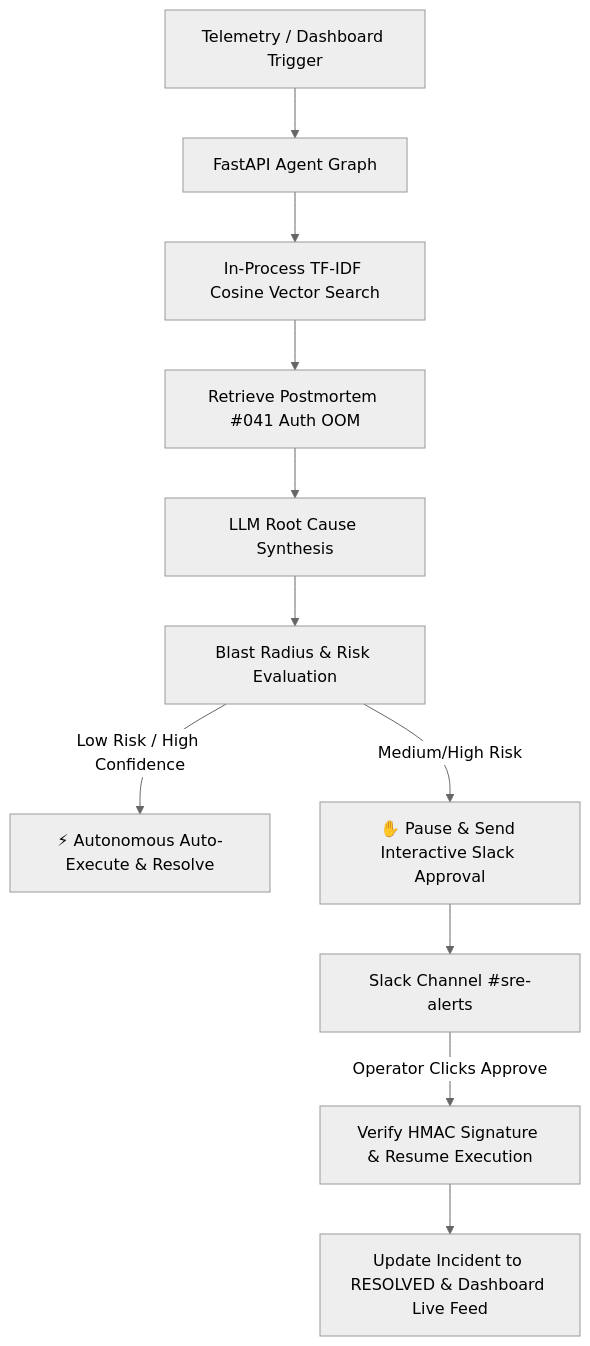
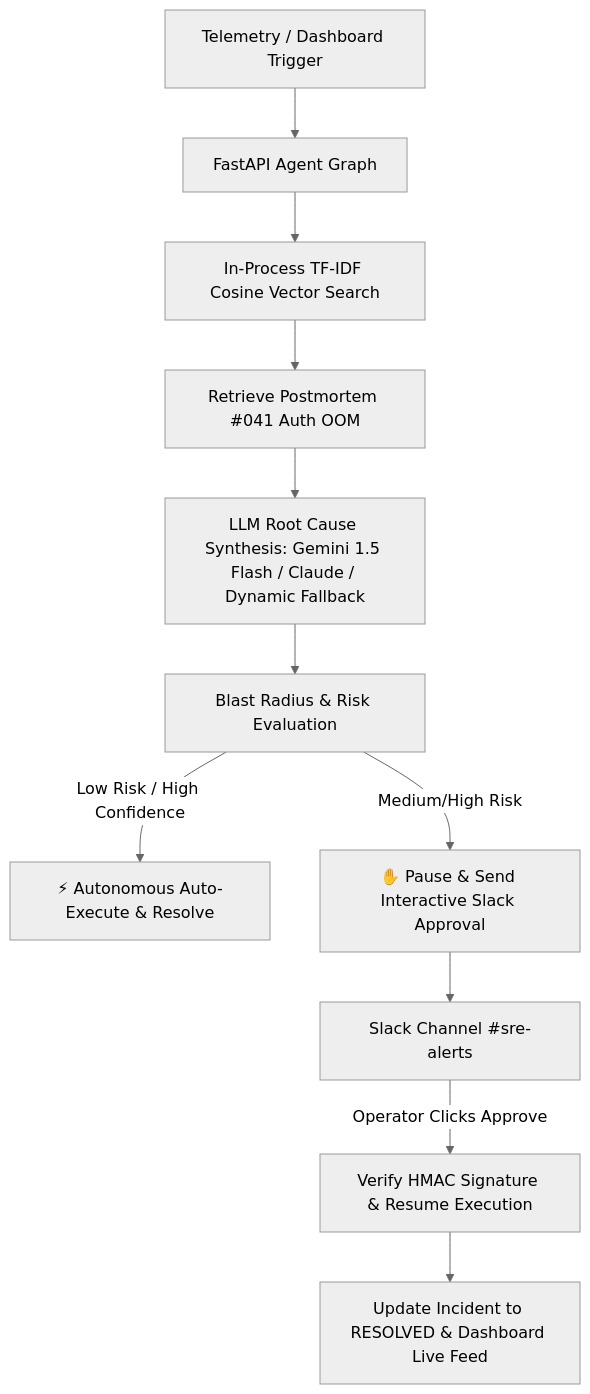
The diagram in README.md (raunakgit00001/autonomous-sre-agent), drawn with Mermaid (neutral theme) before and after one commit. The commit also changed other lines of this file, not shown here.

Commit message:
docs: update README with Gemini API configuration

````diff
--- a/README.md
+++ b/README.md
@@ -9,13 +9,13 @@
 ```mermaid
 flowchart TD
     A[Telemetry / Dashboard Trigger] --> B[FastAPI Agent Graph]
     B --> C[In-Process TF-IDF Cosine Vector Search]
     C --> D[Retrieve Postmortem #041 Auth OOM]
-    D --> E[LLM Root Cause Synthesis]
+    D --> E[LLM Root Cause Synthesis: Gemini 1.5 Flash / Claude / Dynamic Fallback]
     E --> F[Blast Radius & Risk Evaluation]
     F -->|Low Risk / High Confidence| G[⚡ Autonomous Auto-Execute & Resolve]
     F -->|Medium/High Risk| H[✋ Pause & Send Interactive Slack Approval]
     H --> I[Slack Channel #sre-alerts]
     I -->|Operator Clicks Approve| J[Verify HMAC Signature & Resume Execution]
     J --> K[Update Incident to RESOLVED & Dashboard Live Feed]
 ```
````
